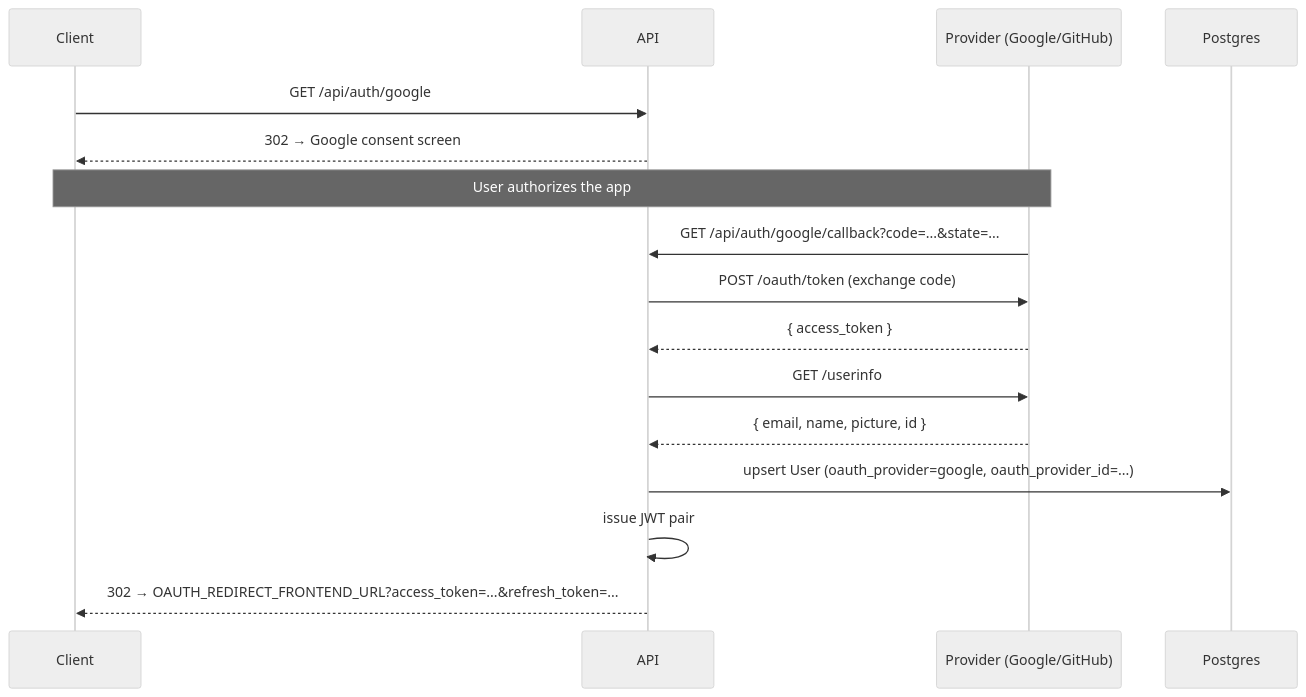
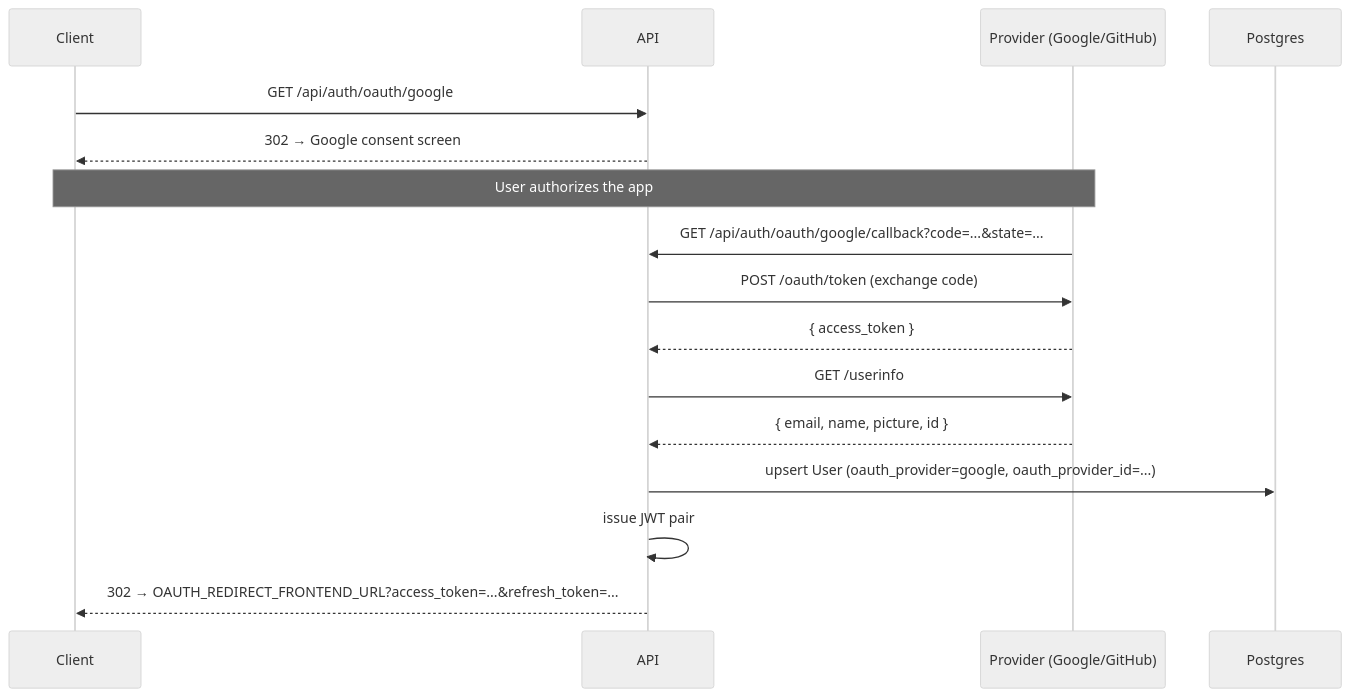
Before and after one commit to mattjaikaran/fastapi-boilerplate: the fifth of 10 diagrams in docs/AUTH.md, drawn with Mermaid (neutral theme). The commit also changed other lines of this file and 6 other files, not shown here.

````diff
--- a/docs/AUTH.md
+++ b/docs/AUTH.md
@@ -165,22 +181,22 @@
 ```mermaid
 sequenceDiagram
     participant C as Client
     participant A as API
     participant P as Provider (Google/GitHub)
     participant DB as Postgres
 
-    C->>A: GET /api/auth/google
+    C->>A: GET /api/auth/oauth/google
     A-->>C: 302 → Google consent screen
 
     Note over C,P: User authorizes the app
 
-    P->>A: GET /api/auth/google/callback?code=...&state=...
+    P->>A: GET /api/auth/oauth/google/callback?code=...&state=...
     A->>P: POST /oauth/token (exchange code)
     P-->>A: { access_token }
     A->>P: GET /userinfo
     P-->>A: { email, name, picture, id }
 
     A->>DB: upsert User (oauth_provider=google, oauth_provider_id=...)
     A->>A: issue JWT pair
     A-->>C: 302 → OAUTH_REDIRECT_FRONTEND_URL?access_token=...&refresh_token=...
 ```
````
